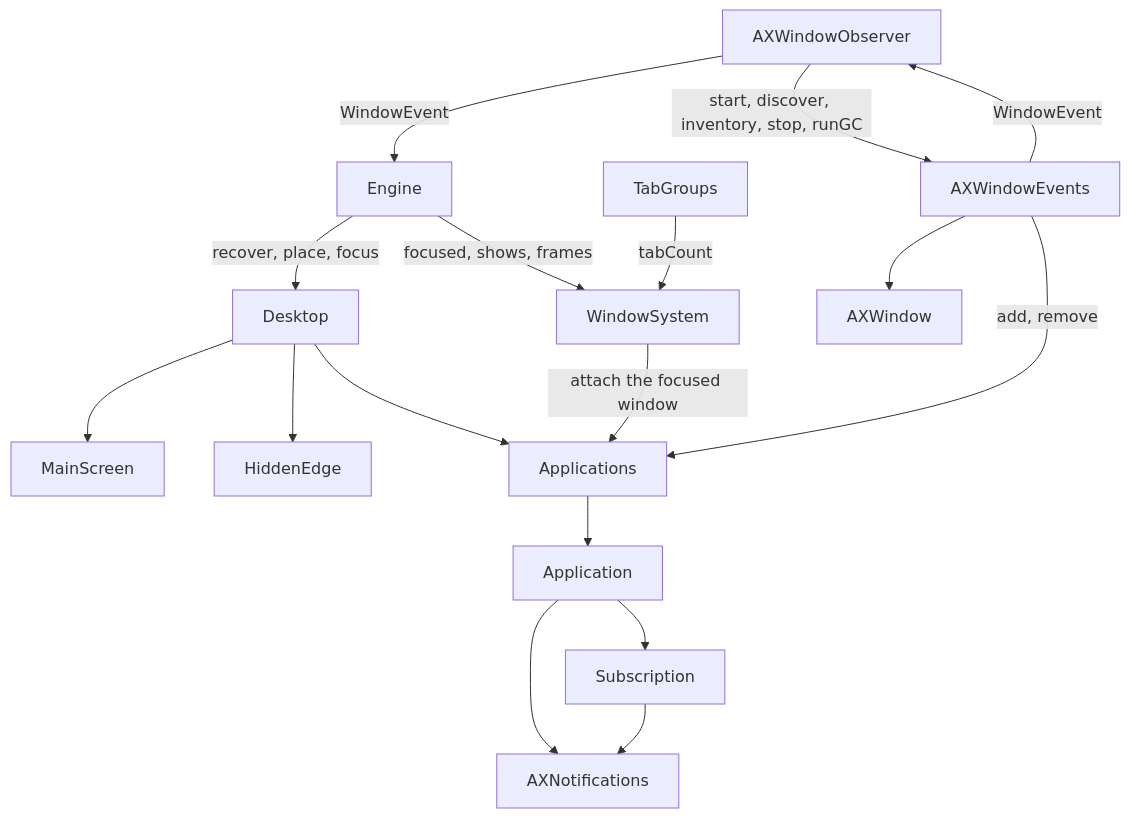
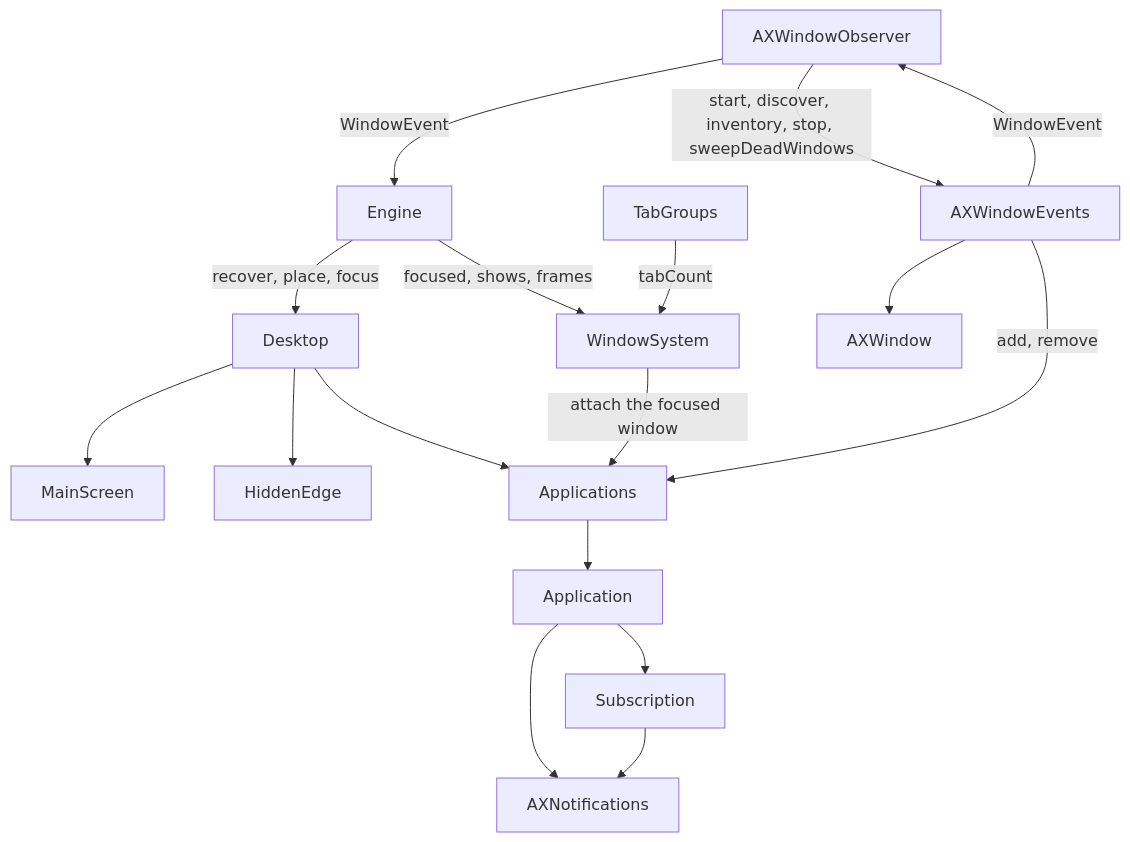
Before and after one commit to brennovich/ottowm: the fifth of 18 diagrams in ARCHITECTURE.md, drawn with Mermaid. The commit also changed other lines of this file and 3 other files, not shown here.

First line of the commit message:
Rename runGC to sweepDeadWindows

````diff
--- a/ARCHITECTURE.md
+++ b/ARCHITECTURE.md
@@ -133,19 +133,19 @@
 ```mermaid
 flowchart TB
     Engine -->|recover, place, focus| Desktop
     Engine -->|focused, shows, frames| WindowSystem
     TabGroups -->|tabCount| WindowSystem
     AXWindowObserver -->|WindowEvent| Engine
     Desktop --> MainScreen
     Desktop --> HiddenEdge
     Desktop --> Applications
     WindowSystem -->|attach the focused window| Applications
-    AXWindowObserver -->|start, discover, inventory, stop, runGC| AXWindowEvents
+    AXWindowObserver -->|start, discover, inventory, stop, sweepDeadWindows| AXWindowEvents
     AXWindowEvents -->|WindowEvent| AXWindowObserver
     AXWindowEvents -->|add, remove| Applications
     Applications --> Application
     Application --> Subscription
     Application --> AXNotifications
     Subscription --> AXNotifications
     AXWindowEvents --> AXWindow
 ```
````
